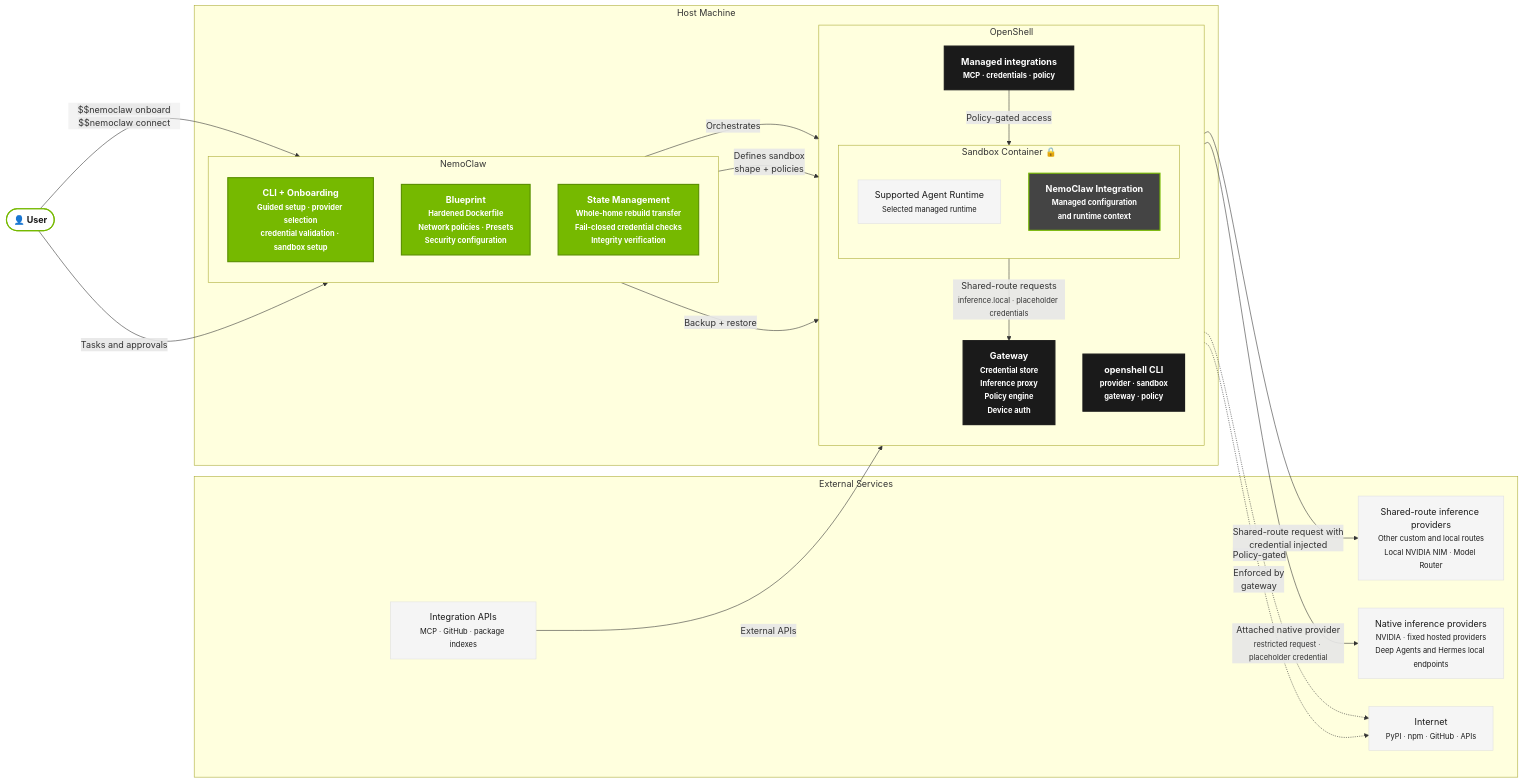
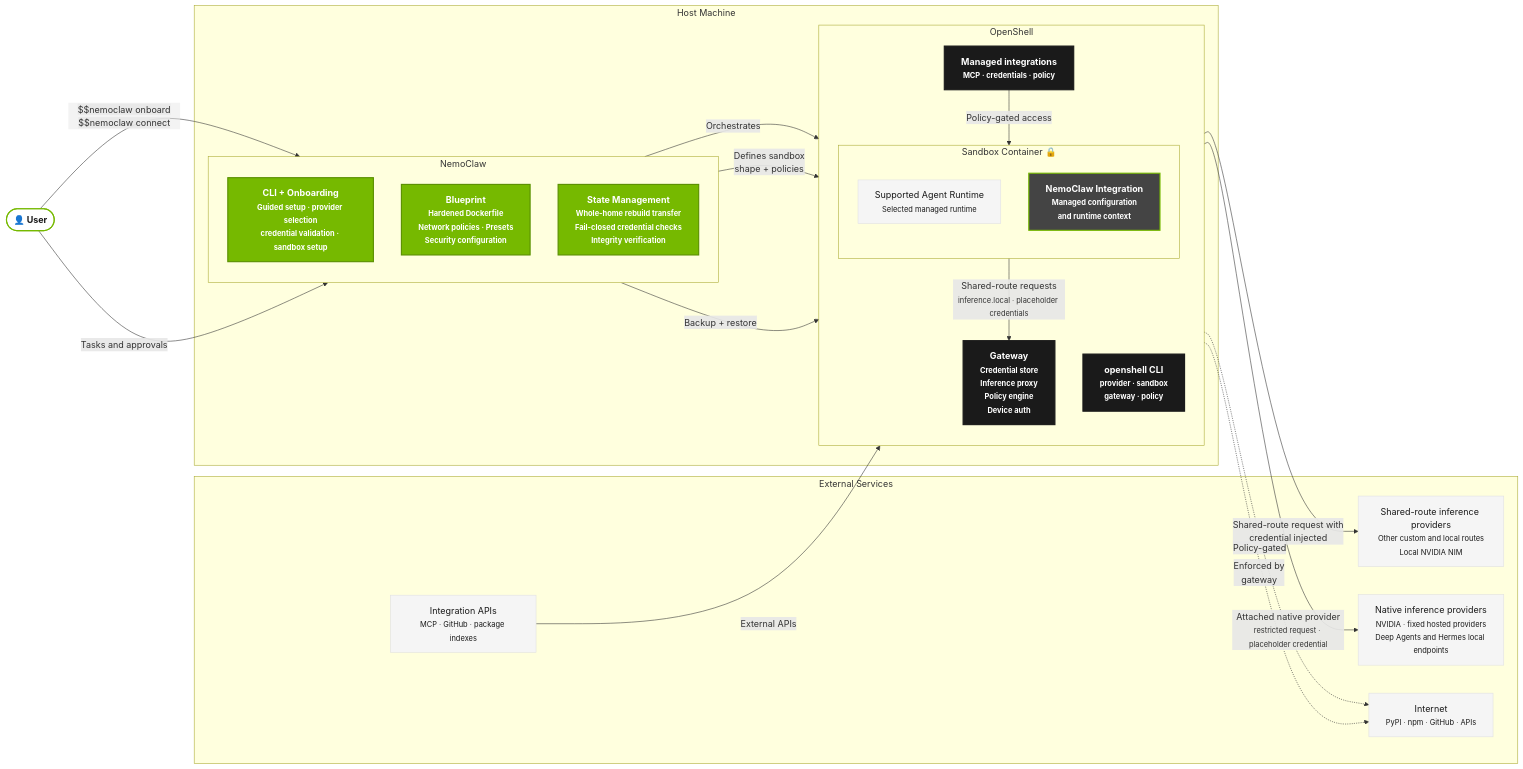
The first of 3 diagrams in docs/reference/architecture.mdx (quanticsoul4772/NemoClaw), drawn with Mermaid before and after one commit. The commit also changed other lines of this file and 164 other files, not shown here.

````diff
--- a/docs/reference/architecture.mdx
+++ b/docs/reference/architecture.mdx
@@ -20,58 +20,58 @@
 ```mermaid
 graph LR
     classDef nemoclaw fill:#76b900,stroke:#5a8f00,color:#fff,stroke-width:2px,font-weight:bold
     classDef openshell fill:#1a1a1a,stroke:#1a1a1a,color:#fff,stroke-width:2px,font-weight:bold
     classDef sandbox fill:#444,stroke:#76b900,color:#fff,stroke-width:2px,font-weight:bold
     classDef agent fill:#f5f5f5,stroke:#e0e0e0,color:#1a1a1a,stroke-width:1px
     classDef external fill:#f5f5f5,stroke:#e0e0e0,color:#1a1a1a,stroke-width:1px
     classDef user fill:#fff,stroke:#76b900,color:#1a1a1a,stroke-width:2px,font-weight:bold
 
     USER(["👤 User"]):::user
 
     subgraph EXTERNAL["External Services"]
-        SHARED_INFERENCE["Shared-route inference providers<br/><small>Other custom and local routes<br/>Local NVIDIA NIM · Model Router</small>"]:::external
+        SHARED_INFERENCE["Shared-route inference providers<br/><small>Other custom and local routes<br/>Local NVIDIA NIM</small>"]:::external
         NVIDIA_INFERENCE["Native inference providers<br/><small>NVIDIA · fixed hosted providers<br/>Deep Agents and Hermes local endpoints</small>"]:::external
         INTEGRATIONS["Integration APIs<br/><small>MCP · GitHub · package indexes</small>"]:::external
         INTERNET["Internet<br/><small>PyPI · npm · GitHub · APIs</small>"]:::external
     end
 
     subgraph HOST["Host Machine"]
 
         subgraph NEMOCLAW["NemoClaw"]
             direction TB
             NCLI["CLI + Onboarding<br/><small>Guided setup · provider selection<br/>credential validation · sandbox setup</small>"]:::nemoclaw
             BP["Blueprint<br/><small>Hardened Dockerfile<br/>Network policies · Presets<br/>Security configuration</small>"]:::nemoclaw
             STATE["State Management<br/><small>Whole-home rebuild transfer<br/>Fail-closed credential checks<br/>Integrity verification</small>"]:::nemoclaw
         end
 
         subgraph OPENSHELL["OpenShell"]
             direction TB
             GW["Gateway<br/><small>Credential store<br/>Inference proxy<br/>Policy engine<br/>Device auth</small>"]:::openshell
             OSCLI["openshell CLI<br/><small>provider · sandbox<br/>gateway · policy</small>"]:::openshell
             INTEG["Managed integrations<br/><small>MCP · credentials · policy</small>"]:::openshell
 
             subgraph SANDBOX["Sandbox Container 🔒"]
                 direction TB
                 AGENT["Supported Agent Runtime<br/><small>Selected managed runtime</small>"]:::agent
                 PLUG["NemoClaw Integration<br/><small>Managed configuration<br/>and runtime context</small>"]:::sandbox
             end
         end
     end
 
     USER -->|"$$nemoclaw onboard<br/>$$nemoclaw connect"| NCLI
     USER -->|"Tasks and approvals"| NCLI
 
     NCLI -->|"Orchestrates"| OSCLI
     BP -->|"Defines sandbox<br/>shape + policies"| SANDBOX
     STATE -->|"Backup + restore"| SANDBOX
 
     AGENT -->|"Shared-route requests<br/><small>inference.local · placeholder credentials</small>"| GW
     GW -->|"Shared-route request with<br/>credential injected"| SHARED_INFERENCE
     AGENT -->|"Attached native provider<br/><small>restricted request · placeholder credential</small>"| NVIDIA_INFERENCE
 
     INTEGRATIONS -->|"External APIs"| INTEG
     INTEG -->|"Policy-gated access"| AGENT
 
     AGENT -.->|"Policy-gated"| INTERNET
     GW -.->|"Enforced by<br/>gateway"| INTERNET
 ```
````
